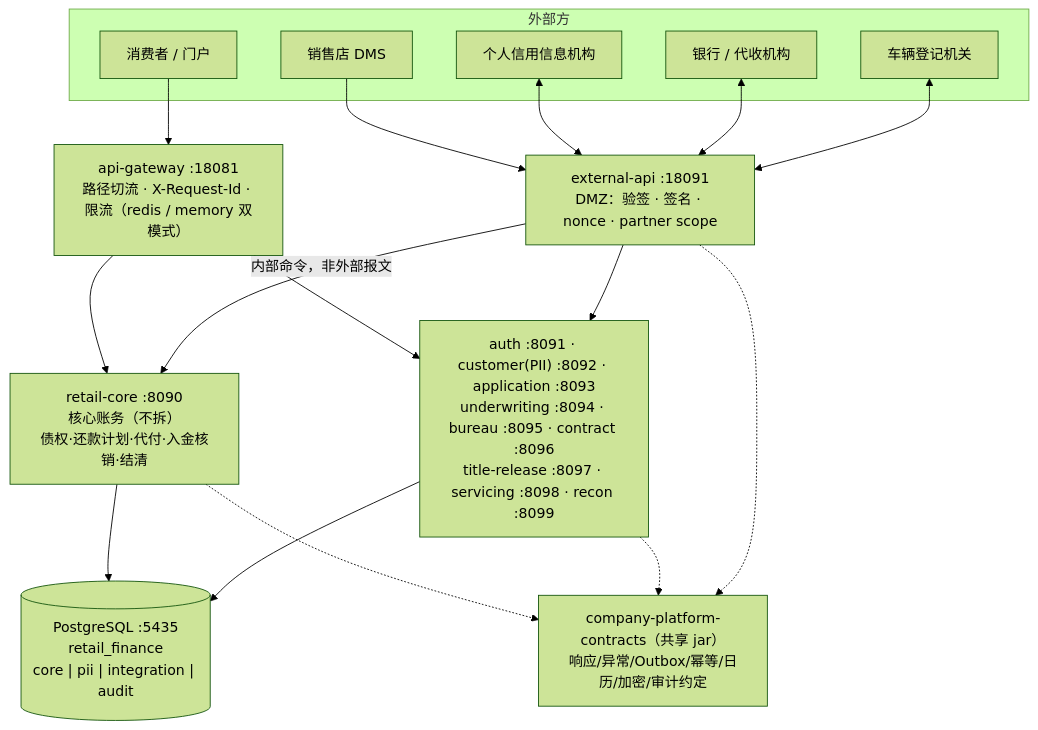
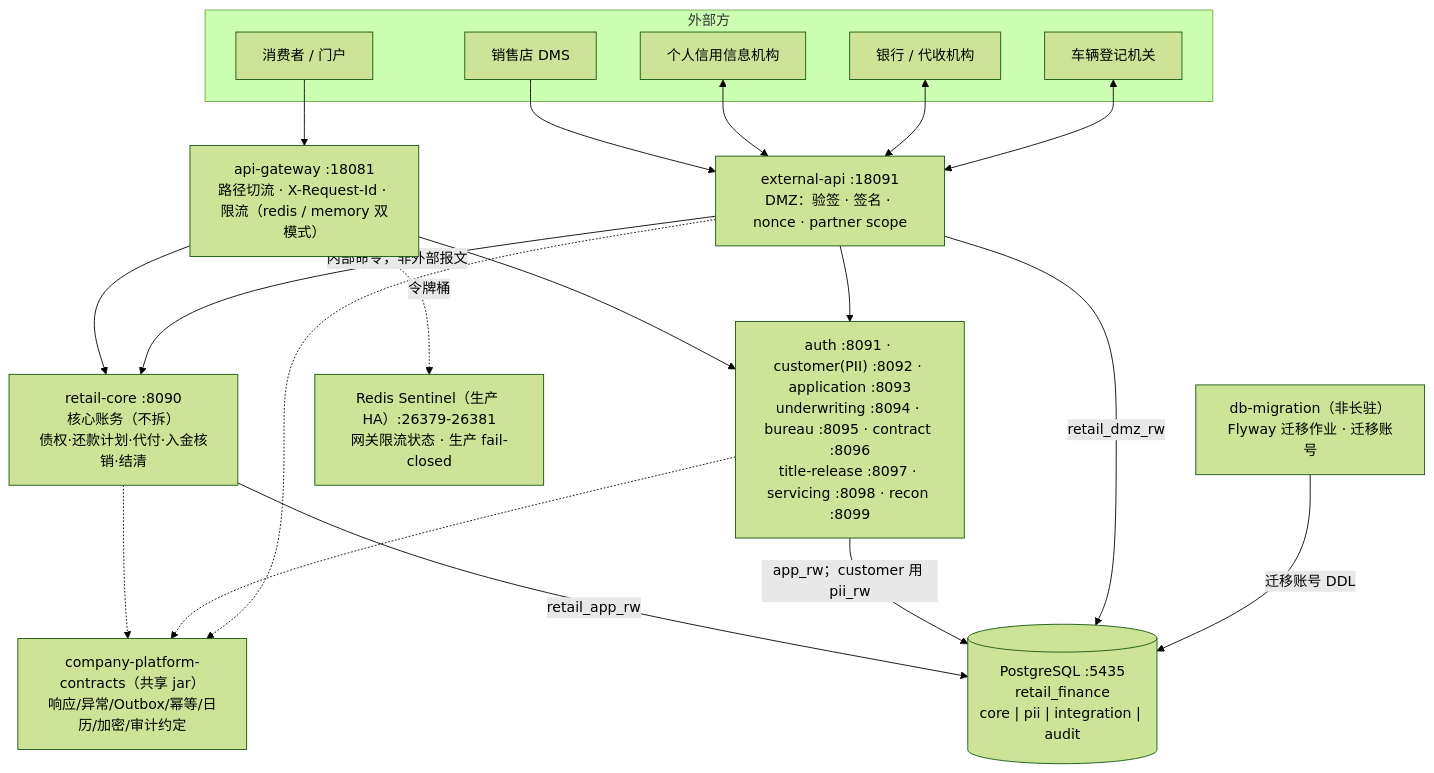
One commit to anehing-pixel/retail-finance-system changed the first of 2 diagrams in README.md. Above: the diagram before and after it, drawn with Mermaid (forest theme). The commit also changed other lines of this file and 7 other files, not shown here.

First line of the commit message:
docs: 刷新架构图/流程图（P0-1 / P0-5 / P0-10 最新口径）

````diff
--- a/README.md
+++ b/README.md
@@ -95,31 +95,36 @@
 ```mermaid
 flowchart TB
   subgraph EXT["外部方"]
     CUST[消费者 / 门户]
     DMS[销售店 DMS]
     BUR[个人信用信息机构]
     BANK[银行 / 代收机构]
     GOV[车辆登记机关]
   end
   GW["api-gateway :18081<br/>路径切流 · X-Request-Id · 限流（redis / memory 双模式）"]
   DMZ["external-api :18091<br/>DMZ：验签 · 签名 · nonce · partner scope"]
   CORE["retail-core :8090<br/>核心账务（不拆）<br/>债权·还款计划·代付·入金核销·结清"]
   SVC["auth :8091 · customer(PII) :8092 · application :8093<br/>underwriting :8094 · bureau :8095 · contract :8096<br/>title-release :8097 · servicing :8098 · recon :8099"]
   DB[("PostgreSQL :5435<br/>retail_finance<br/>core | pii | integration | audit")]
+  REDIS["Redis Sentinel（生产 HA）:26379-26381<br/>网关限流状态 · 生产 fail-closed"]
+  MIG["db-migration（非长驻）<br/>Flyway 迁移作业 · 迁移账号"]
   PLAT["company-platform-contracts（共享 jar）<br/>响应/异常/Outbox/幂等/日历/加密/审计约定"]
 
   CUST --> GW
   DMS --> DMZ
   BUR <--> DMZ
   BANK <--> DMZ
   GOV <--> DMZ
   GW --> CORE
   GW --> SVC
   DMZ -->|内部命令，非外部报文| CORE
   DMZ --> SVC
-  CORE --> DB
-  SVC --> DB
+  CORE -->|retail_app_rw| DB
+  SVC -->|app_rw；customer 用 pii_rw| DB
+  DMZ -->|retail_dmz_rw| DB
+  MIG -->|迁移账号 DDL| DB
+  GW -.->|令牌桶| REDIS
   CORE -.-> PLAT
   SVC -.-> PLAT
   DMZ -.-> PLAT
 ```
````
